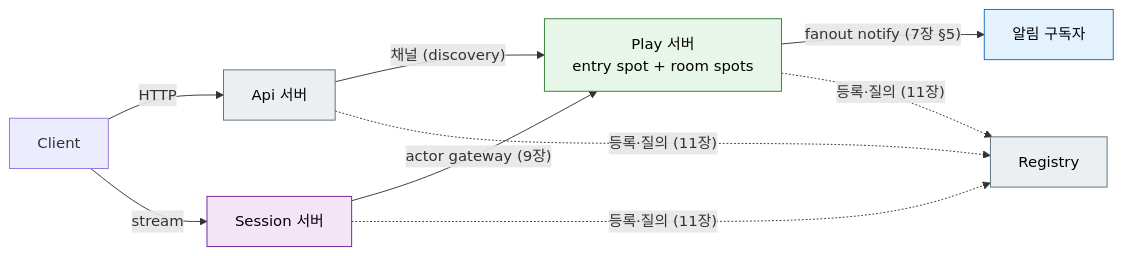
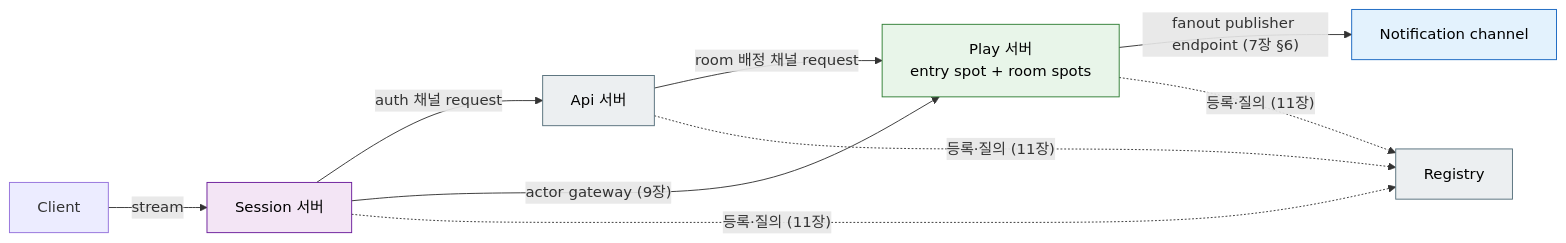
Before and after one commit to kairos-code-dev/zlink: the second of 2 diagrams in framework/languages/cpp/doc/guide/14-samples-map.ko.md, drawn with Mermaid. The commit also changed other lines of this file and 32 other files, not shown here.

````diff
--- a/framework/languages/cpp/doc/guide/14-samples-map.ko.md
+++ b/framework/languages/cpp/doc/guide/14-samples-map.ko.md
@@ -54,21 +58,21 @@
 ```mermaid
 flowchart LR
     C["Client"]
     Api["Api 서버"]:::infra
     Sess["Session 서버"]:::stream
     Play["Play 서버<br/>entry spot + room spots"]:::spot
     R["Registry"]:::infra
-    Sub["알림 구독자"]:::channel
+    Notif["Notification channel"]:::channel
 
-    C -- HTTP --> Api
     C -- stream --> Sess
-    Api -- "채널 (discovery)" --> Play
+    Sess -- "auth 채널 request" --> Api
+    Api -- "room 배정 채널 request" --> Play
     Sess -- "actor gateway (9장)" --> Play
-    Play -- "fanout notify (7장 §5)" --> Sub
+    Play -- "fanout publisher endpoint (7장 §6)" --> Notif
     Api & Sess & Play -.->|"등록·질의 (11장)"| R
 
     classDef channel fill:#e3f2fd,stroke:#1565c0,color:#000000
     classDef spot fill:#e8f5e9,stroke:#2e7d32,color:#000000
     classDef stream fill:#f3e5f5,stroke:#6a1b9a,color:#000000
     classDef infra fill:#eceff1,stroke:#546e7a,color:#000000
 ```
````
